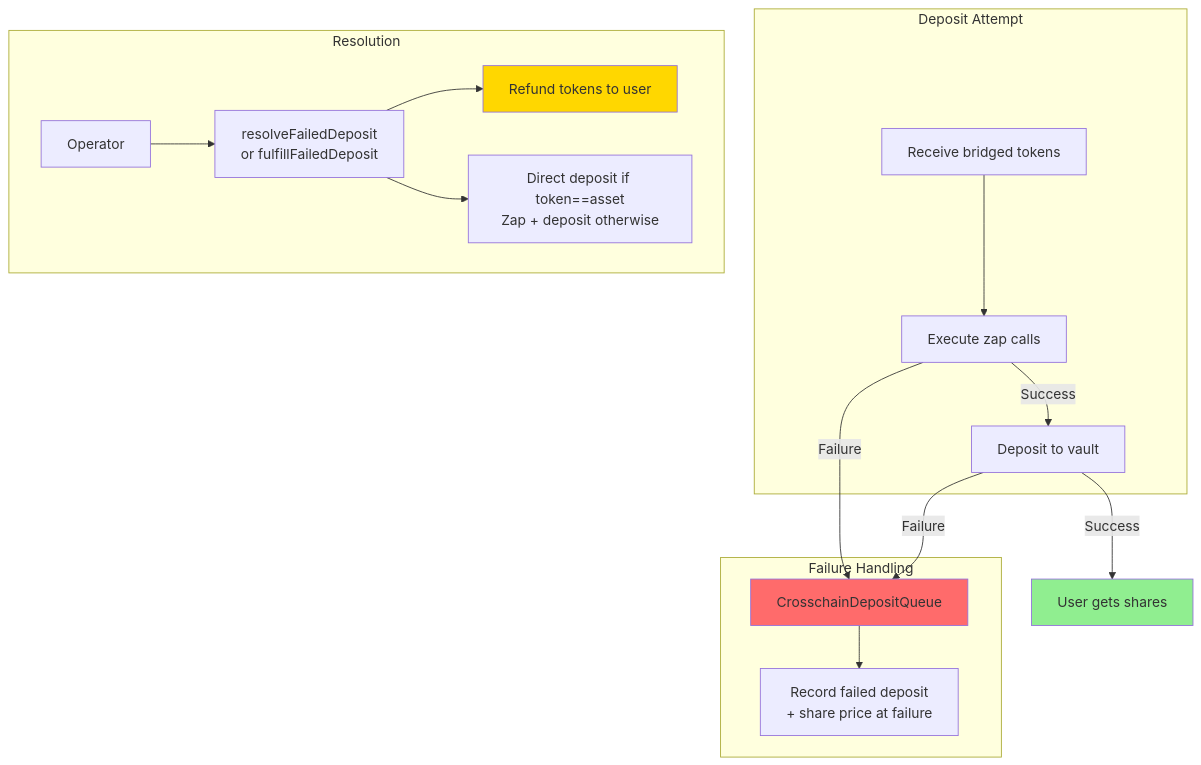
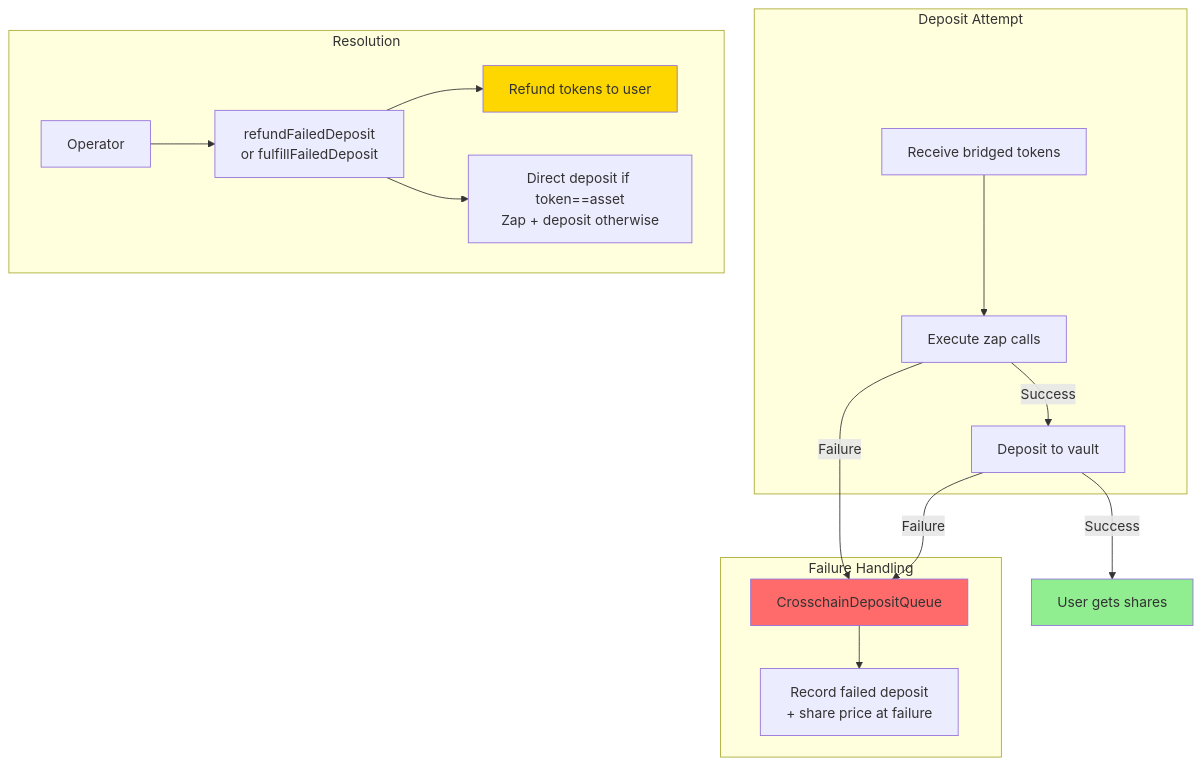
Diagram 13 of 14 in README.md (elitraOS/elitra-core), drawn with Mermaid before and after one commit. The commit also changed other lines of this file and 12 other files, not shown here.

````diff
--- a/README.md
+++ b/README.md
@@ -452,36 +452,36 @@
 ```mermaid
 graph TB
     subgraph "Deposit Attempt"
         Receive[Receive bridged tokens]
         Zap[Execute zap calls]
         Deposit[Deposit to vault]
     end
 
     subgraph "Failure Handling"
         Queue[CrosschainDepositQueue]
         Record[Record failed deposit<br/>+ share price at failure]
     end
 
     subgraph "Resolution"
         Operator[Operator]
-        Resolve[resolveFailedDeposit<br/>or fulfillFailedDeposit]
+        Resolve[refundFailedDeposit<br/>or fulfillFailedDeposit]
         Refund[Refund tokens to user]
         Fulfill[Direct deposit if token==asset<br/>Zap + deposit otherwise]
     end
 
     Receive --> Zap
     Zap -->|Success| Deposit
     Zap -->|Failure| Queue
     Deposit -->|Success| Success[User gets shares]
     Deposit -->|Failure| Queue
 
     Queue --> Record
 
     Operator --> Resolve
     Resolve --> Refund
     Resolve --> Fulfill
 
     style Success fill:#90EE90
     style Queue fill:#FF6B6B
     style Refund fill:#FFD700
 ```
````
